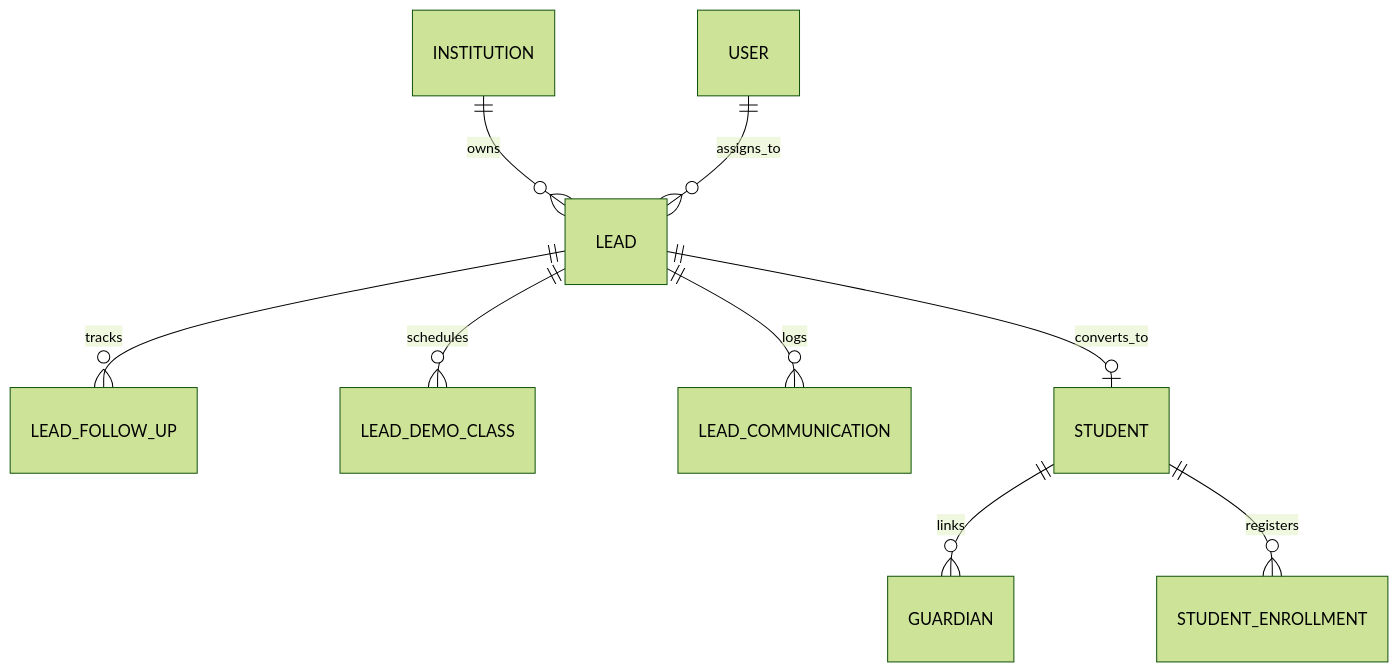
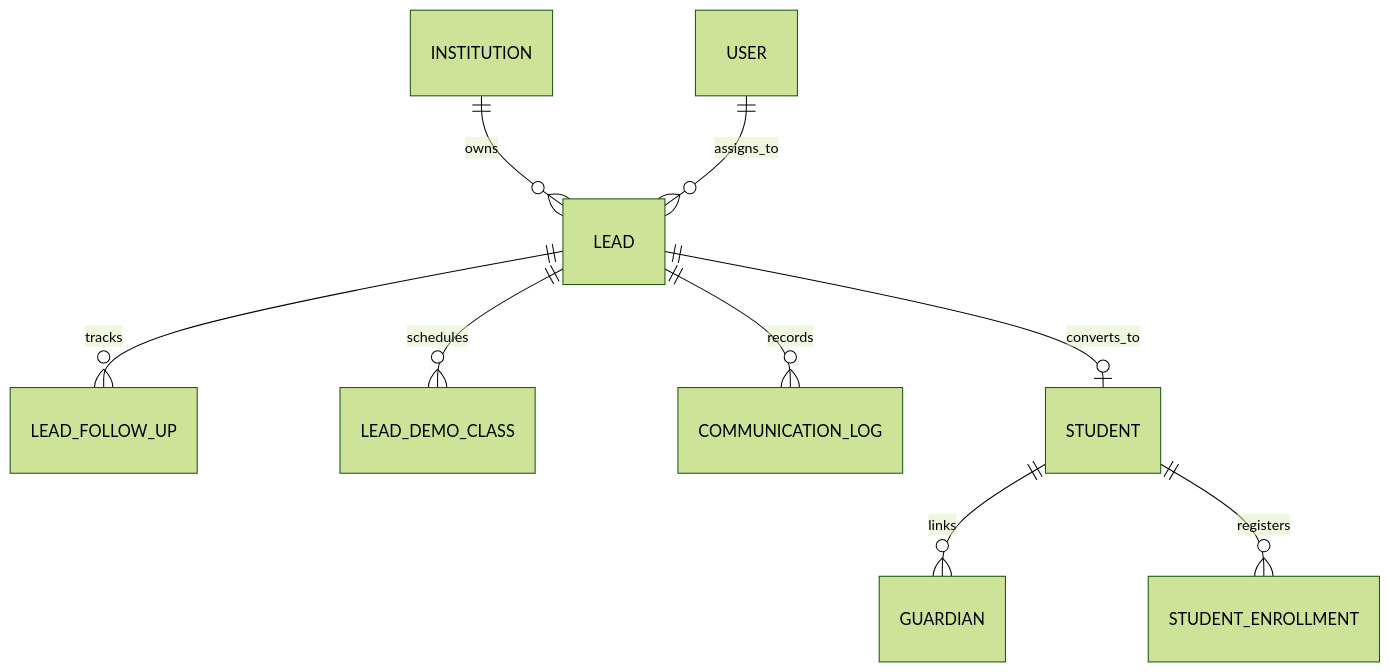
The diagram in docs/04_STUDENT_MANAGEMENT/2026-11-07_STUDENT-MANAGEMENT_IMPLEMENTATION-REPORT_LEAD-MANAGEMENT-AND-CRM_V1.md (smritisystems/PrathamoneAcademy), drawn with Mermaid (forest theme) before and after one commit. The commit also changed other lines of this file and 10 other files, not shown here.

````diff
--- a/docs/04_STUDENT_MANAGEMENT/2026-11-07_STUDENT-MANAGEMENT_IMPLEMENTATION-REPORT_LEAD-MANAGEMENT-AND-CRM_V1.md
+++ b/docs/04_STUDENT_MANAGEMENT/2026-11-07_STUDENT-MANAGEMENT_IMPLEMENTATION-REPORT_LEAD-MANAGEMENT-AND-CRM_V1.md
@@ -56,11 +61,11 @@
 ```mermaid
 erDiagram
     INSTITUTION ||--o{ LEAD : owns
     USER ||--o{ LEAD : assigns_to
     LEAD ||--o{ LEAD_FOLLOW_UP : tracks
     LEAD ||--o{ LEAD_DEMO_CLASS : schedules
-    LEAD ||--o{ LEAD_COMMUNICATION : logs
+    LEAD ||--o{ COMMUNICATION_LOG : records
     LEAD ||--o| STUDENT : converts_to
     STUDENT ||--o{ GUARDIAN : links
     STUDENT ||--o{ STUDENT_ENROLLMENT : registers
 ```
````
